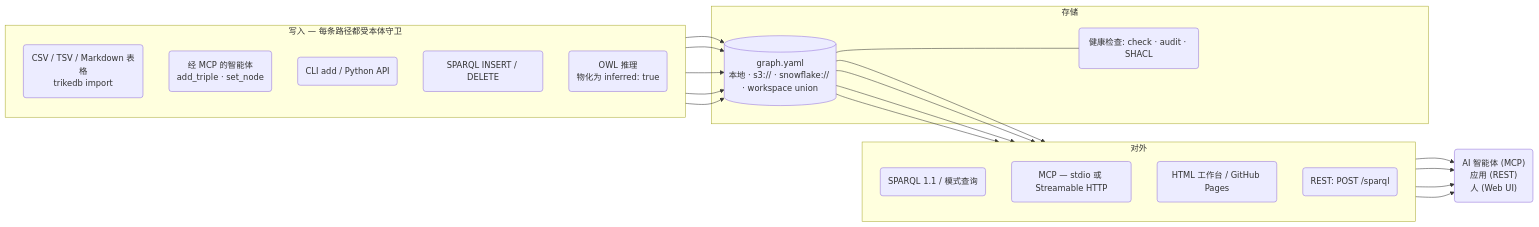
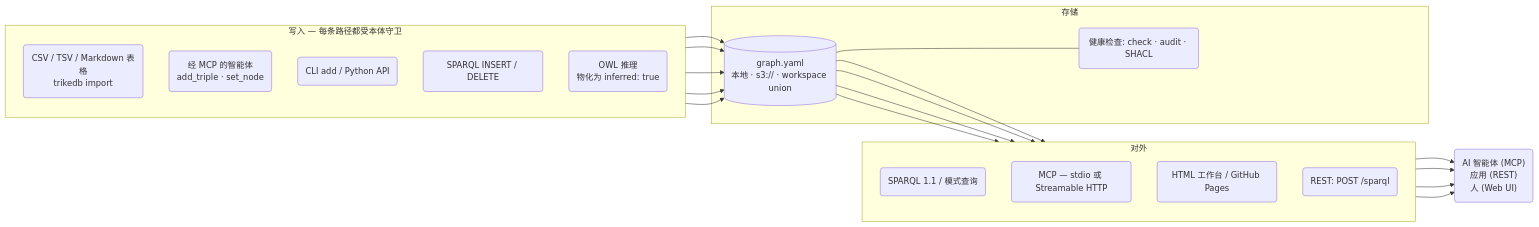
Before and after one commit to RyutoYoda/trikedb: the first of 2 diagrams in docs/REFERENCE_zh.md, drawn with Mermaid. The commit also changed other lines of this file and 53 other files, not shown here.

First line of the commit message:
Remove warehouse graph-document storage (#65)

````diff
--- a/docs/REFERENCE_zh.md
+++ b/docs/REFERENCE_zh.md
@@ -21,41 +21,41 @@
 ```mermaid
 flowchart LR
     subgraph ingest["写入 — 每条路径都受本体守卫"]
         direction TB
         I1("CSV / TSV / Markdown 表格<br/>trikedb import")
         I2("经 MCP 的智能体<br/>add_triple · set_node")
         I3("CLI add / Python API")
         I4("SPARQL INSERT / DELETE")
         I5("OWL 推理<br/>物化为 inferred: true")
     end
 
     subgraph store["存储"]
-        Y[("graph.yaml<br/>本地 · s3:// · snowflake:// · workspace union")]
+        Y[("graph.yaml<br/>本地 · s3:// · workspace union")]
         H("健康检查: check · audit · SHACL")
     end
 
     subgraph serve["对外"]
         direction TB
         S1("SPARQL 1.1 / 模式查询")
         S2("MCP — stdio 或 Streamable HTTP")
         S3("HTML 工作台 / GitHub Pages")
         S4("REST: POST /sparql")
     end
 
     C("AI 智能体 (MCP)<br/>应用 (REST)<br/>人 (Web UI)")
 
     I1 --> Y
     I2 --> Y
     I3 --> Y
     I4 --> Y
     I5 --> Y
     Y --- H
     Y --> S1
     Y --> S2
     Y --> S3
     Y --> S4
     S1 --> C
     S2 --> C
     S3 --> C
     S4 --> C
 ```
````
